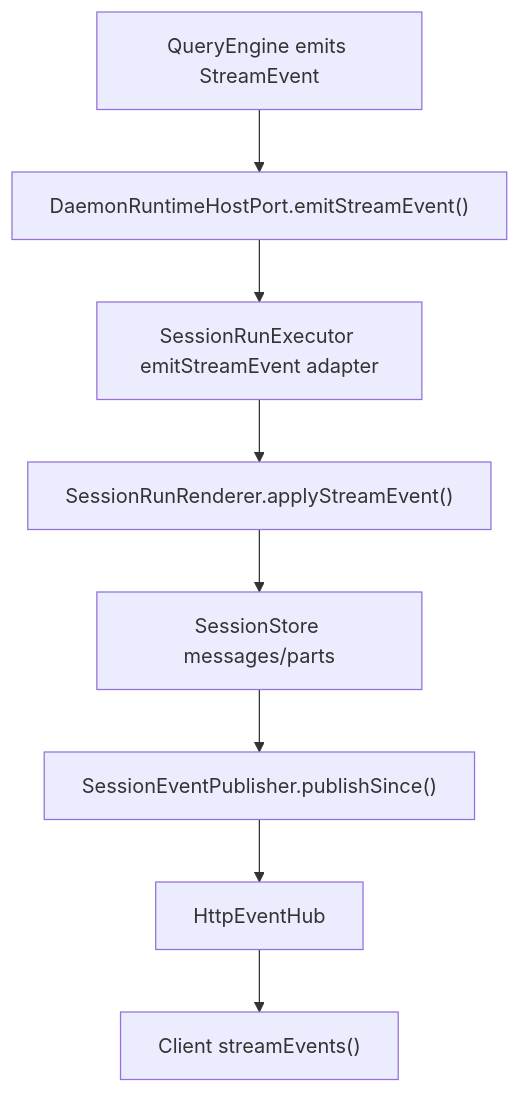
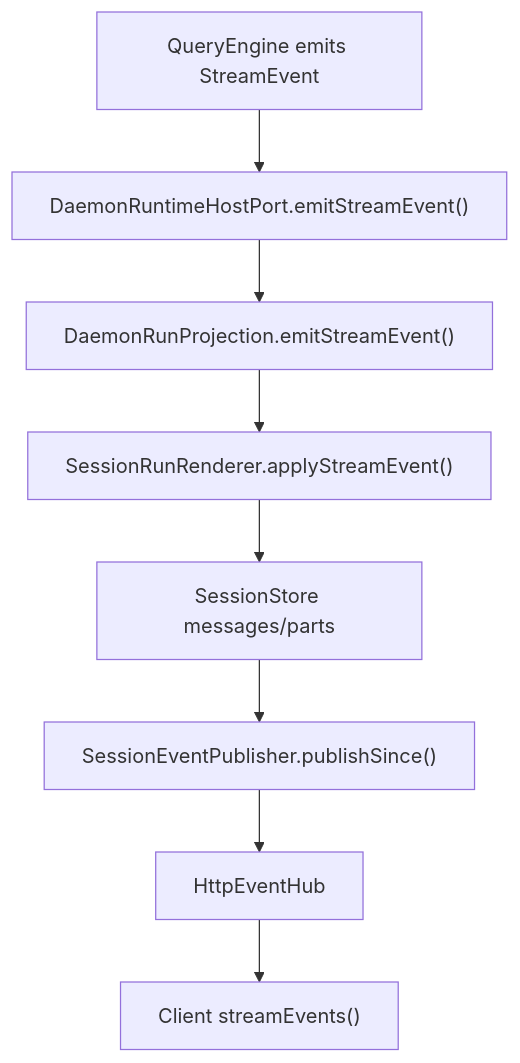
Before and after one commit to rzx007/openharness-ts: the fifth of 9 diagrams in docs/daemon-application-architecture.md, drawn with Mermaid. The commit also changed other lines of this file and 4 other files, not shown here.

Commit message:
docs(daemon): document run projection adapter

````diff
--- a/docs/daemon-application-architecture.md
+++ b/docs/daemon-application-architecture.md
@@ -366,10 +372,10 @@
 ```mermaid
 flowchart TD
   QE["QueryEngine emits StreamEvent"] --> Host["DaemonRuntimeHostPort.emitStreamEvent()"]
-  Host --> Exec["SessionRunExecutor emitStreamEvent adapter"]
-  Exec --> Renderer["SessionRunRenderer.applyStreamEvent()"]
+  Host --> Projection["DaemonRunProjection.emitStreamEvent()"]
+  Projection --> Renderer["SessionRunRenderer.applyStreamEvent()"]
   Renderer --> Store["SessionStore messages/parts"]
   Store --> Publisher["SessionEventPublisher.publishSince()"]
   Publisher --> Hub["HttpEventHub"]
   Hub --> Client["Client streamEvents()"]
 ```
````
